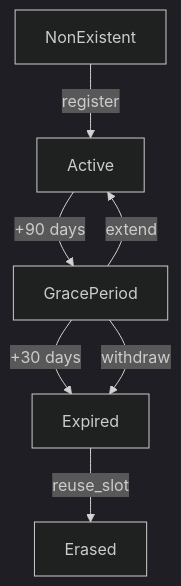
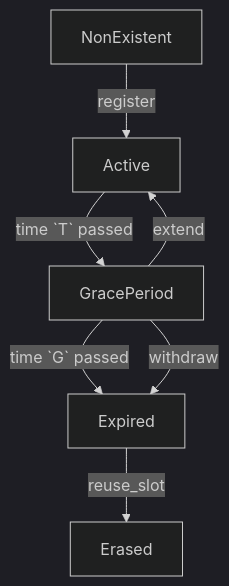
Before and after one commit to waku-org/specs: the diagram in standards/core/rln-contract.md, drawn with Mermaid (dark theme). The commit also changed other lines of this file, not shown here.

````diff
--- a/standards/core/rln-contract.md
+++ b/standards/core/rln-contract.md
@@ -66,10 +46,10 @@
 ```mermaid
 graph TD;
     NonExistent --> |"register"| Active;
-    Active --> |"+90 days"| GracePeriod;
+    Active --> |"time `T` passed"| GracePeriod;
     GracePeriod --> |"extend"| Active;
-    GracePeriod --> |"+30 days"| Expired;
+    GracePeriod --> |"time `G` passed"| Expired;
     GracePeriod --> |"withdraw"| Expired;
     Expired --> |"reuse_slot"| Erased;
 
 ```
````
